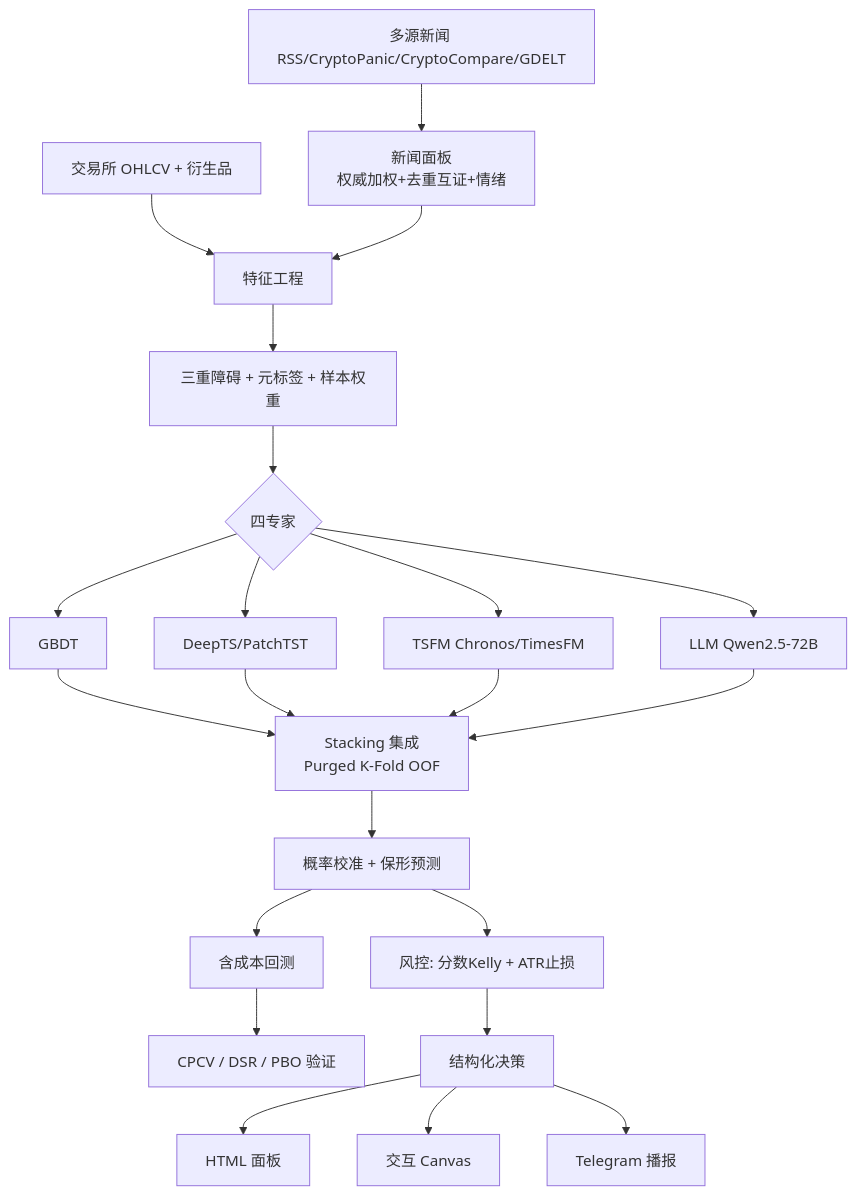
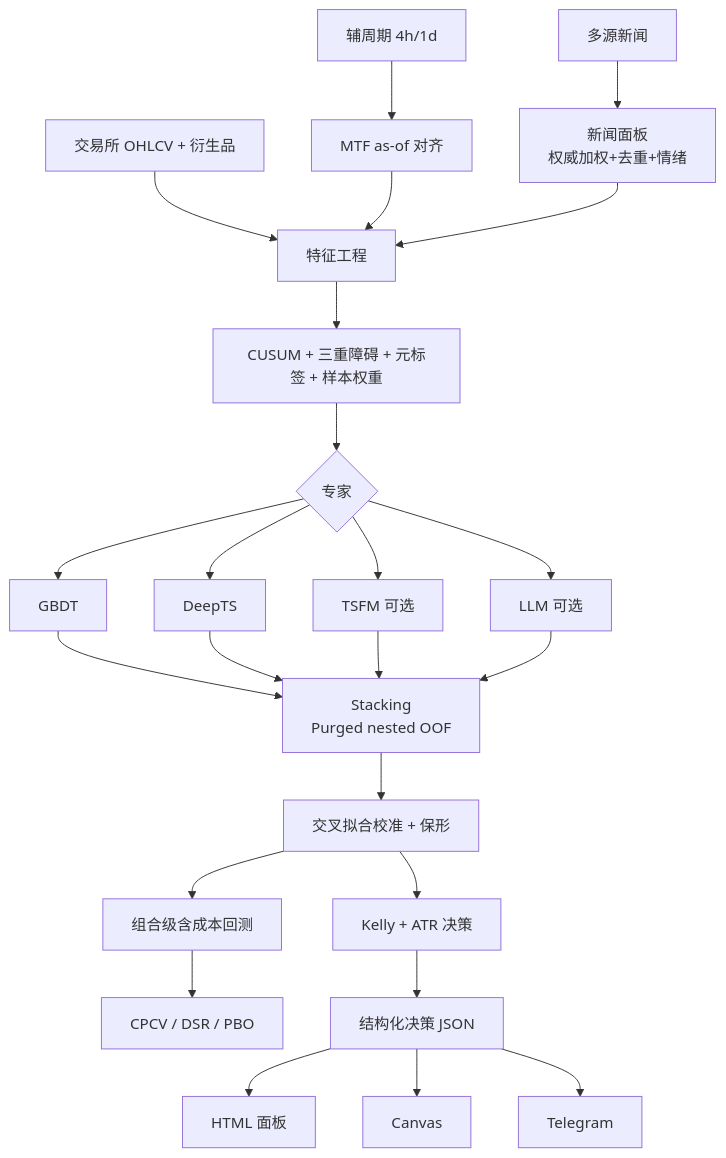
The diagram in docs/ARCHITECTURE.md (gangrenzhang/crypto-alpha), drawn with Mermaid before and after one commit. The commit also changed other lines of this file and 21 other files, not shown here.

````diff
--- a/docs/ARCHITECTURE.md
+++ b/docs/ARCHITECTURE.md
@@ -54,21 +59,23 @@
 ```mermaid
 flowchart TD
     A[交易所 OHLCV + 衍生品] --> F[特征工程]
-    N[多源新闻 RSS/CryptoPanic/CryptoCompare/GDELT] --> NP[新闻面板<br/>权威加权+去重互证+情绪]
+    AUX[辅周期 4h/1d] --> MTF[MTF as-of 对齐]
+    MTF --> F
+    N[多源新闻] --> NP[新闻面板<br/>权威加权+去重+情绪]
     NP --> F
-    F --> L[三重障碍 + 元标签 + 样本权重]
-    L --> E{四专家}
+    F --> L[CUSUM + 三重障碍 + 元标签 + 样本权重]
+    L --> E{专家}
     E --> E1[GBDT]
-    E --> E2[DeepTS/PatchTST]
-    E --> E3[TSFM Chronos/TimesFM]
-    E --> E4[LLM Qwen2.5-72B]
-    E1 & E2 & E3 & E4 --> S[Stacking 集成<br/>Purged K-Fold OOF]
-    S --> C[概率校准 + 保形预测]
-    C --> B[含成本回测]
-    C --> R[风控: 分数Kelly + ATR止损]
-    B --> V[CPCV / DSR / PBO 验证]
-    R --> D[结构化决策]
+    E --> E2[DeepTS]
+    E --> E3[TSFM 可选]
+    E --> E4[LLM 可选]
+    E1 & E2 & E3 & E4 --> S[Stacking<br/>Purged nested OOF]
+    S --> C[交叉拟合校准 + 保形]
+    C --> B[组合级含成本回测]
+    C --> R[Kelly + ATR 决策]
+    B --> V[CPCV / DSR / PBO]
+    R --> D[结构化决策 JSON]
     D --> O1[HTML 面板]
-    D --> O2[交互 Canvas]
-    D --> O3[Telegram 播报]
+    D --> O2[Canvas]
+    D --> O3[Telegram]
 ```
````
